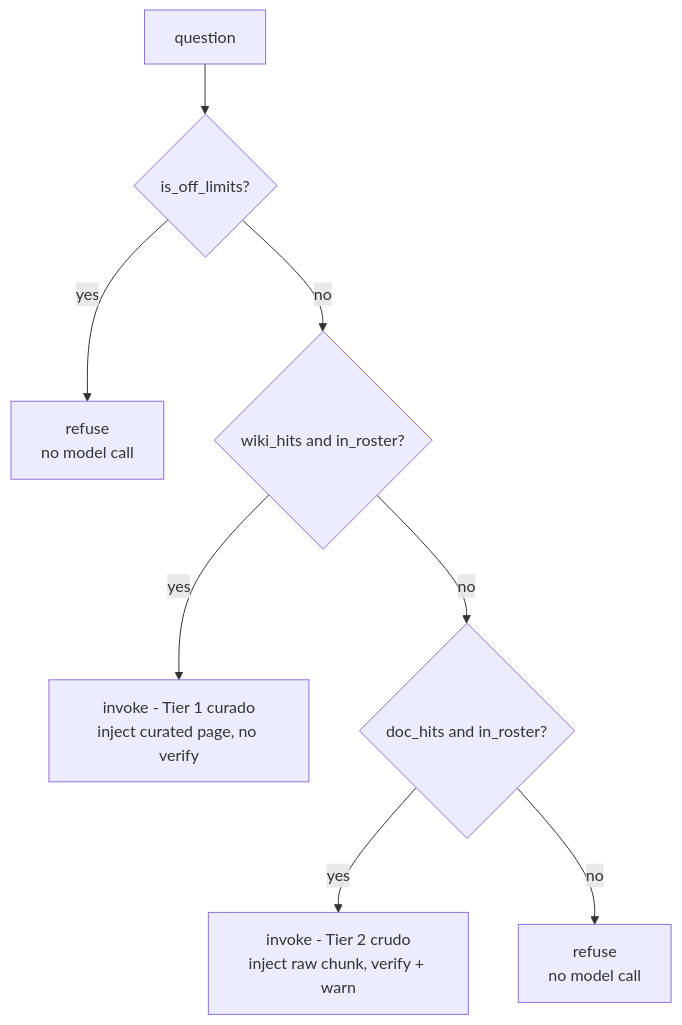
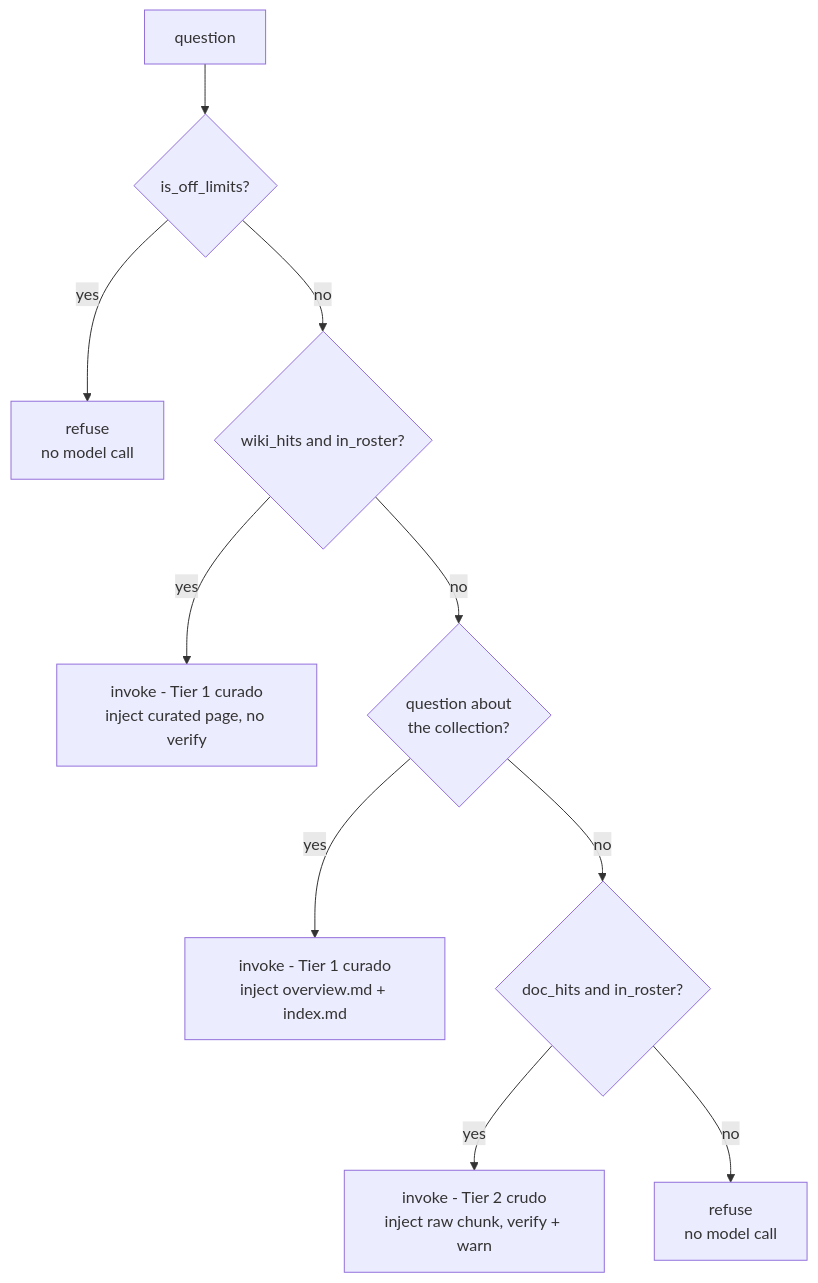
The first of 2 diagrams in docs/query_walkthrough.md (Clod/llmwiki-marimo), drawn with Mermaid before and after one commit. The commit also changed other lines of this file and 3 other files, not shown here.

````diff
--- a/docs/query_walkthrough.md
+++ b/docs/query_walkthrough.md
@@ -227,10 +237,12 @@
 ```mermaid
 flowchart TD
     Q["question"] --> OFF{"is_off_limits?"}
     OFF -->|yes| R1["refuse<br/>no model call"]
     OFF -->|no| T1{"wiki_hits and in_roster?"}
     T1 -->|yes| TIER1["invoke - Tier 1 curado<br/>inject curated page, no verify"]
-    T1 -->|no| T2{"doc_hits and in_roster?"}
+    T1 -->|no| COL{"question about<br/>the collection?"}
+    COL -->|yes| TIERC["invoke - Tier 1 curado<br/>inject overview.md + index.md"]
+    COL -->|no| T2{"doc_hits and in_roster?"}
     T2 -->|yes| TIER2["invoke - Tier 2 crudo<br/>inject raw chunk, verify + warn"]
     T2 -->|no| R2["refuse<br/>no model call"]
 ```
````
